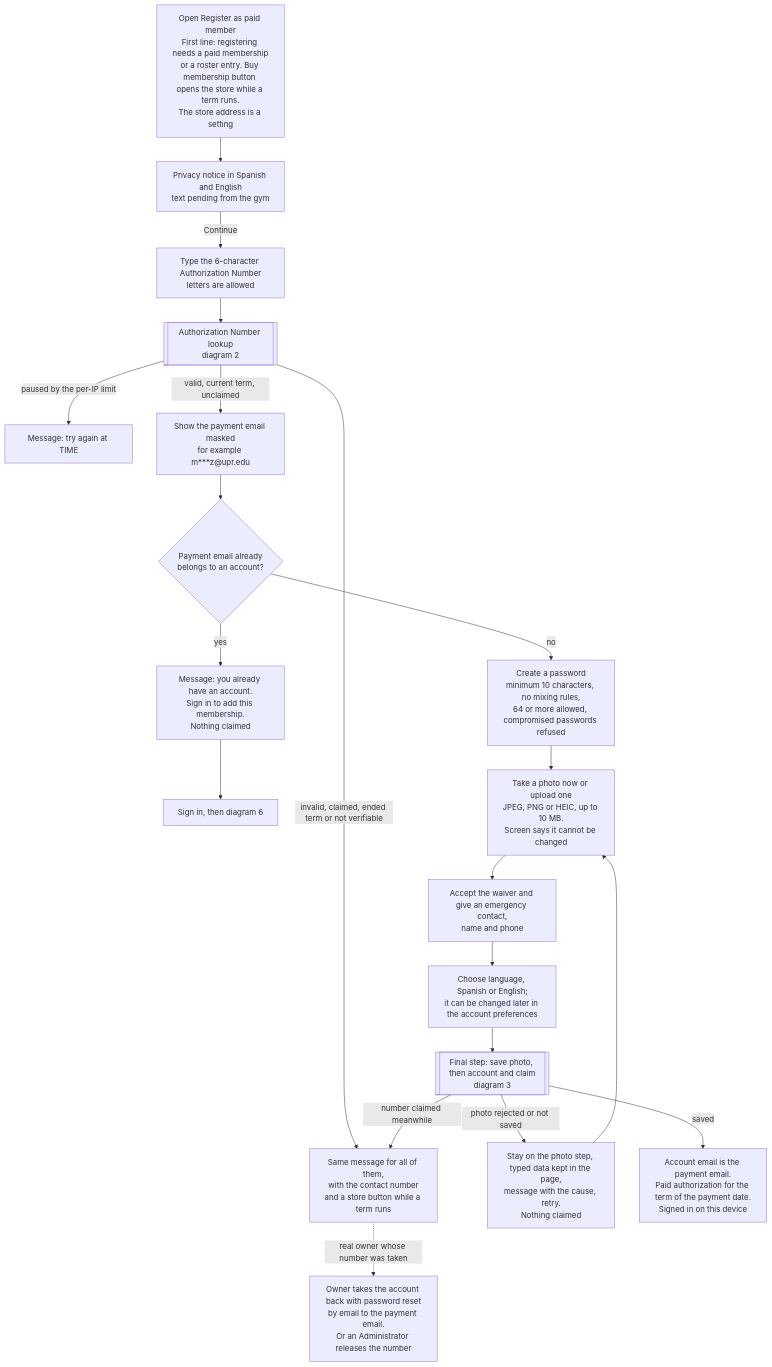
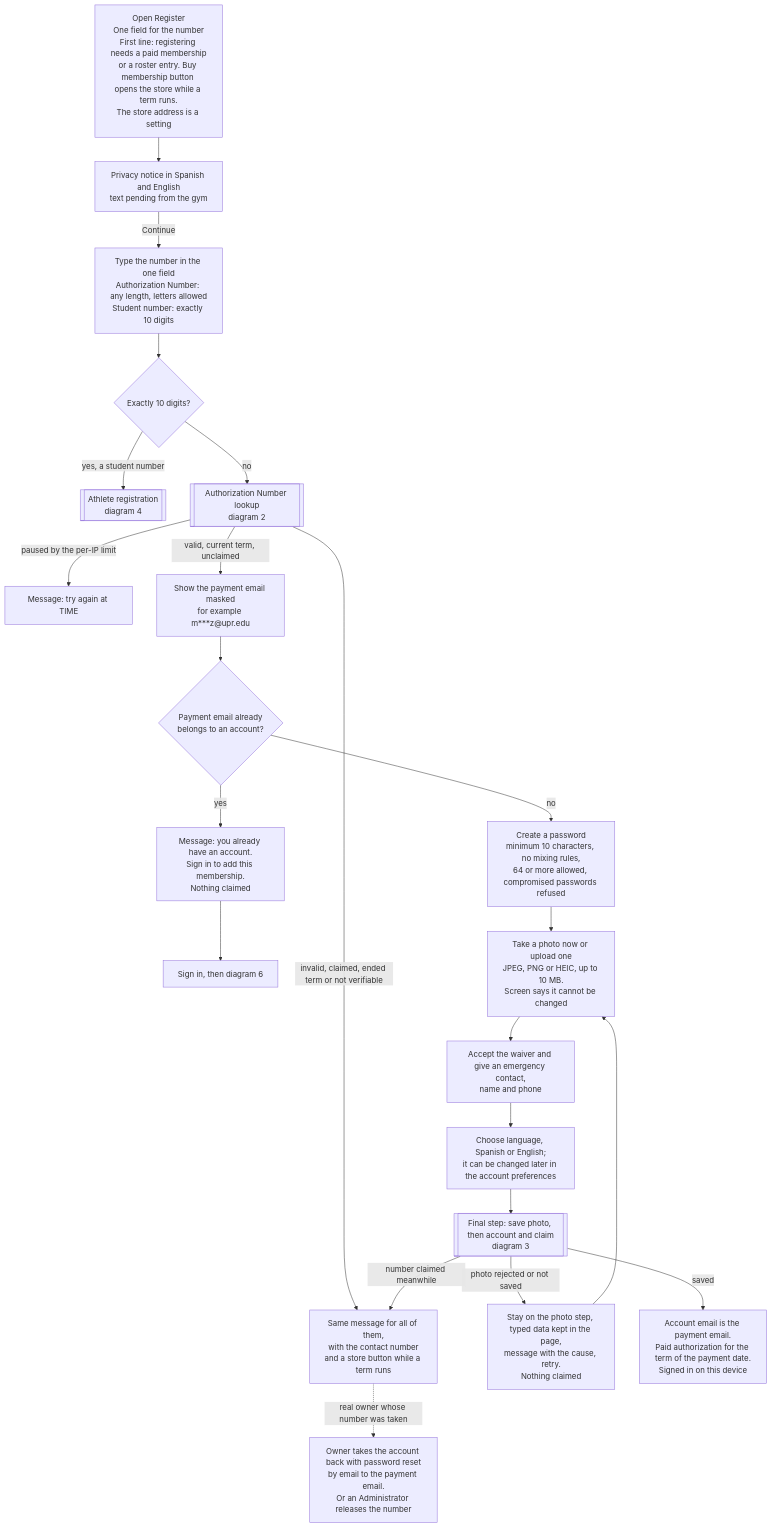
One commit to Th3-Minorities/natatorio-gym-app changed the first of 8 diagrams in docs/design/registration-flows.md. Above: the diagram before and after it, drawn with Mermaid. The commit also changed other lines of this file and 11 other files, not shown here.

Commit message:
Record E-153: one registration field where exactly 10 digits is a student number, and add the decision and issue rules to CLAUDE.md, so registration docs, factory data and team rules match

````diff
--- a/docs/design/registration-flows.md
+++ b/docs/design/registration-flows.md
@@ -22,22 +22,24 @@
 ```mermaid
 flowchart TD
-  START["Open Register as paid member<br/>First line: registering needs a paid membership<br/>or a roster entry. Buy membership button opens the store while a term runs.<br/>The store address is a setting"] --> PN["Privacy notice in Spanish and English<br/>text pending from the gym"]
-  PN -->|"Continue"| NUM["Type the 6-character Authorization Number<br/>letters are allowed"]
-  NUM --> LK[["Authorization Number lookup<br/>diagram 2"]]
+  START["Open Register<br/>One field for the number<br/>First line: registering needs a paid membership<br/>or a roster entry. Buy membership button opens the store while a term runs.<br/>The store address is a setting"] --> PN["Privacy notice in Spanish and English<br/>text pending from the gym"]
+  PN -->|"Continue"| NUM["Type the number in the one field<br/>Authorization Number: any length, letters allowed<br/>Student number: exactly 10 digits"]
+  NUM --> KIND{"Exactly 10 digits?"}
+  KIND -->|"yes, a student number"| ATH[["Athlete registration<br/>diagram 4"]]
+  KIND -->|"no"| LK[["Authorization Number lookup<br/>diagram 2"]]
   LK -->|"invalid, claimed, ended term or not verifiable"| M1["Same message for all of them,<br/>with the contact number<br/>and a store button while a term runs"]
   LK -->|"paused by the per-IP limit"| M3["Message: try again at TIME"]
   LK -->|"valid, current term, unclaimed"| MASK["Show the payment email masked<br/>for example m***z@upr.edu"]
   MASK --> HAS{"Payment email already<br/>belongs to an account?"}
   HAS -->|"yes"| REN["Message: you already have an account.<br/>Sign in to add this membership.<br/>Nothing claimed"]
   REN --> SI["Sign in, then diagram 6"]
   HAS -->|"no"| PW["Create a password<br/>minimum 10 characters, no mixing rules,<br/>64 or more allowed, compromised passwords refused"]
   PW --> PH["Take a photo now or upload one<br/>JPEG, PNG or HEIC, up to 10 MB.<br/>Screen says it cannot be changed"]
   PH --> WV["Accept the waiver and give an emergency contact,<br/>name and phone"]
   WV --> LG["Choose language, Spanish or English;<br/>it can be changed later in the account preferences"]
   LG --> FIN[["Final step: save photo, then account and claim<br/>diagram 3"]]
   FIN -->|"photo rejected or not saved"| PF["Stay on the photo step, typed data kept in the page,<br/>message with the cause, retry.<br/>Nothing claimed"]
   PF --> PH
   FIN -->|"number claimed meanwhile"| M1
   FIN -->|"saved"| OK["Account email is the payment email.<br/>Paid authorization for the term of the payment date.<br/>Signed in on this device"]
   M1 -.->|"real owner whose number was taken"| RO["Owner takes the account back with password reset<br/>by email to the payment email.<br/>Or an Administrator releases the number"]
 ```
````
